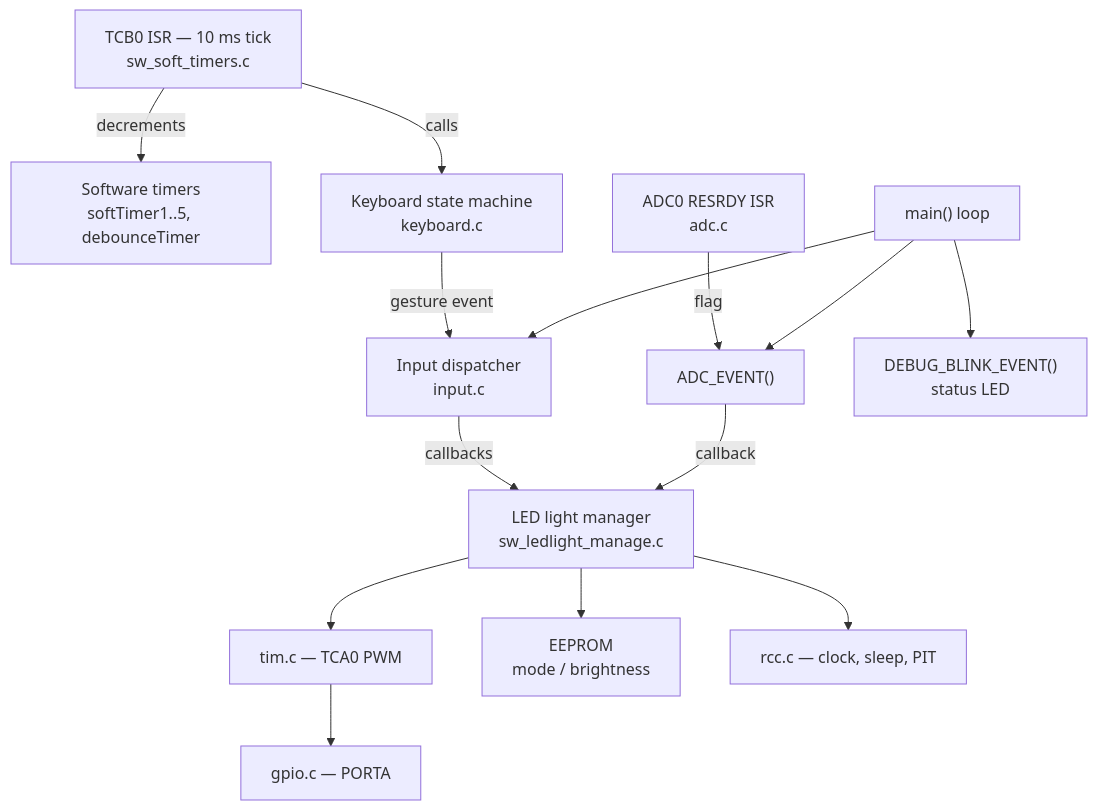
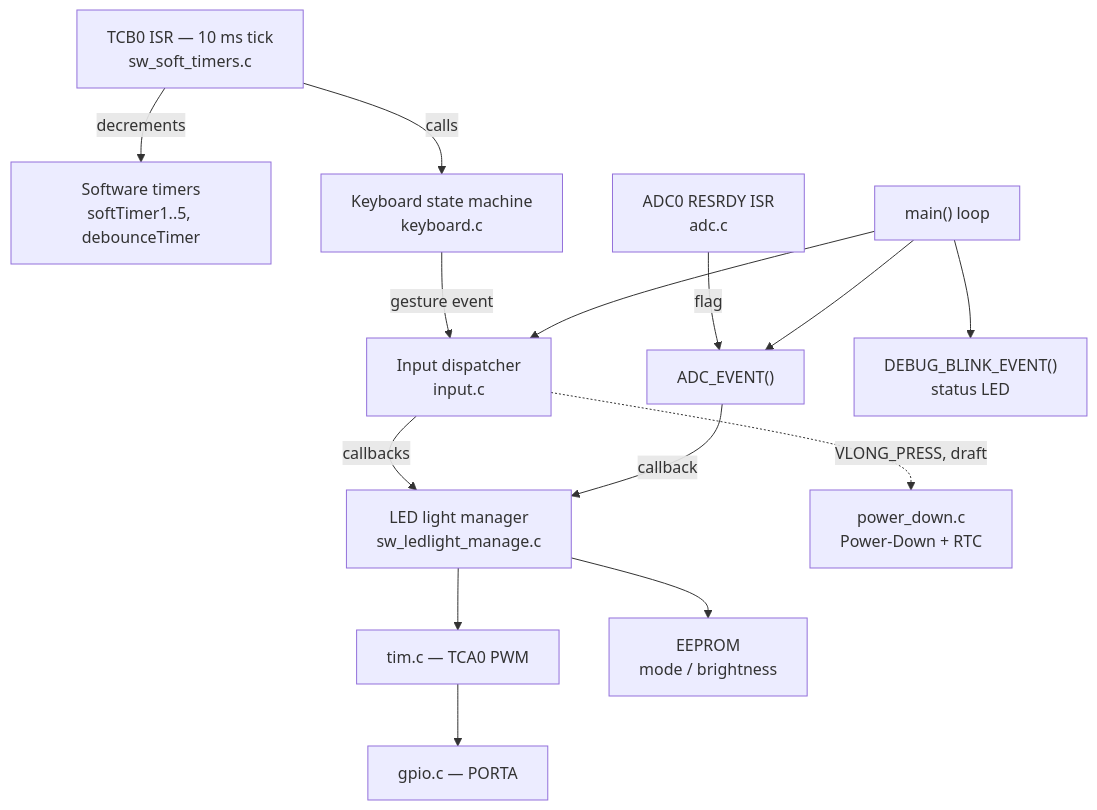
The diagram in README.md (Zealota74/ATtiny402_led_driver), drawn with Mermaid before and after one commit. The commit also changed other lines of this file and 7 other files, not shown here.

Commit message:
Replace legacy sleep code with draft SW_POWER/power_down module

````diff
--- a/README.md
+++ b/README.md
@@ -174,16 +176,16 @@
 ```mermaid
 flowchart TD
     TICK["TCB0 ISR — 10 ms tick<br/>sw_soft_timers.c"] -->|decrements| ST["Software timers<br/>softTimer1..5, debounceTimer"]
     TICK -->|calls| KB["Keyboard state machine<br/>keyboard.c"]
     KB -->|gesture event| IN["Input dispatcher<br/>input.c"]
     ADCISR["ADC0 RESRDY ISR<br/>adc.c"] -->|flag| ADCEV["ADC_EVENT()"]
     MAIN["main() loop"] --> IN
     MAIN --> ADCEV
     MAIN --> DBG["DEBUG_BLINK_EVENT()<br/>status LED"]
     IN -->|callbacks| LL["LED light manager<br/>sw_ledlight_manage.c"]
     ADCEV -->|callback| LL
     LL --> TIM["tim.c — TCA0 PWM"]
     LL --> EE["EEPROM<br/>mode / brightness"]
-    LL --> RCC["rcc.c — clock, sleep, PIT"]
+    IN -.->|VLONG_PRESS, draft| PD["power_down.c<br/>Power-Down + RTC"]
     TIM --> GPIO["gpio.c — PORTA"]
 ```
````
